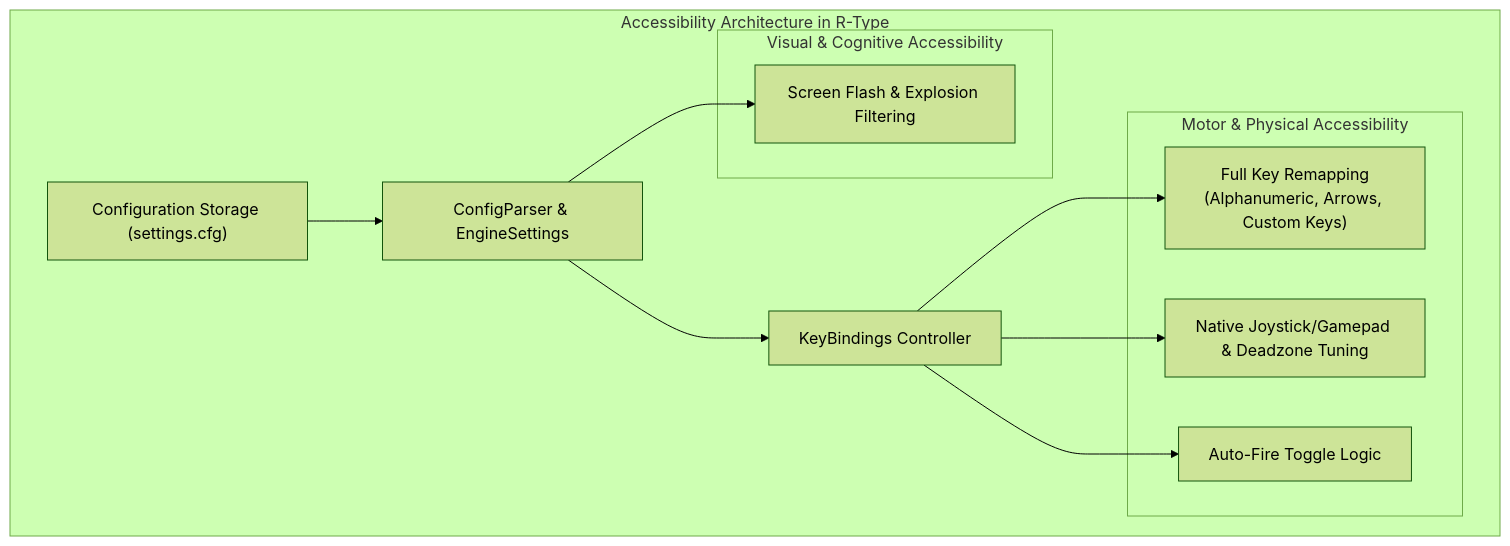
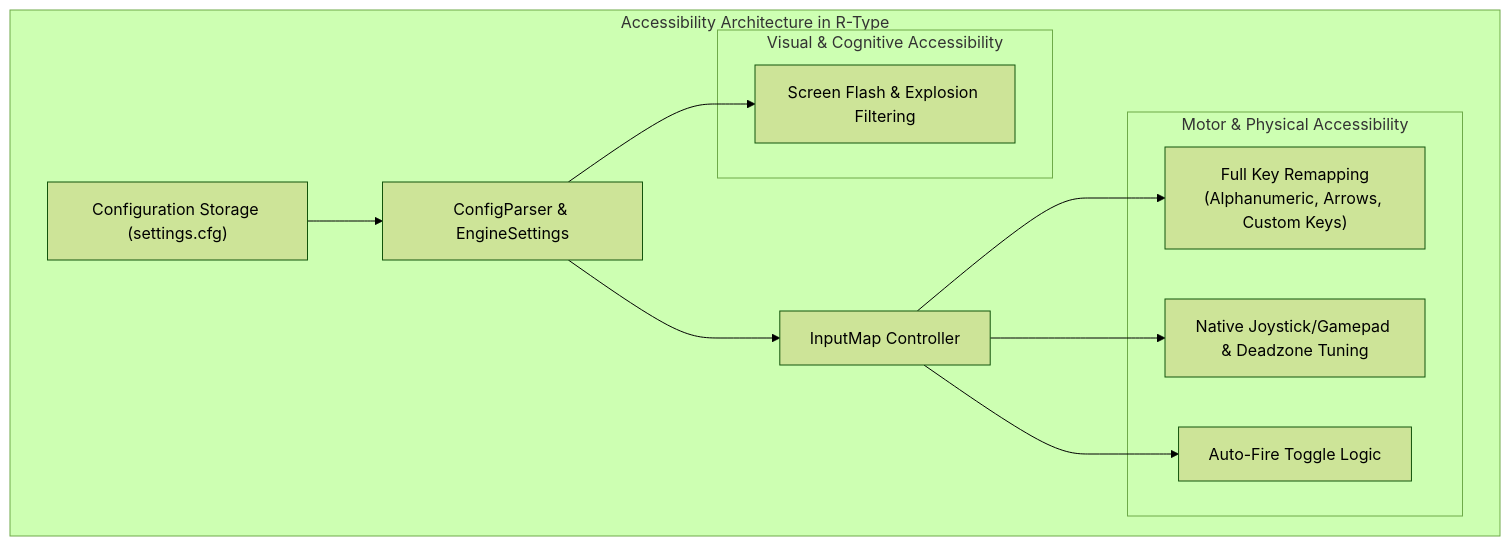
The first of 3 diagrams in docs/accessibility_study.md (noambouillet/rtype), drawn with Mermaid (forest theme) before and after one commit. The commit also changed other lines of this file and 2 other files, not shown here.

Commit message:
docs: document the engine SFML backends and the input module

````diff
--- a/docs/accessibility_study.md
+++ b/docs/accessibility_study.md
@@ -13,25 +13,25 @@
 ```mermaid
 graph TD
     subgraph Accessibility Architecture in R-Type
         SettingsFile["Configuration Storage (settings.cfg)"]
         Parser["ConfigParser & EngineSettings"]
-        KeyBind["KeyBindings Controller"]
+        KeyBind["InputMap Controller"]
         
         subgraph Motor & Physical Accessibility
             Remap["Full Key Remapping<br/>(Alphanumeric, Arrows, Custom Keys)"]
             Joy["Native Joystick/Gamepad & Deadzone Tuning"]
             AutoFire["Auto-Fire Toggle Logic"]
         end
 
         subgraph Visual & Cognitive Accessibility
             FlashFilter["Screen Flash & Explosion Filtering"]
         end
     end
 
     SettingsFile --> Parser
     Parser --> KeyBind
     Parser --> FlashFilter
     KeyBind --> Remap
     KeyBind --> Joy
     KeyBind --> AutoFire
 ```
````
